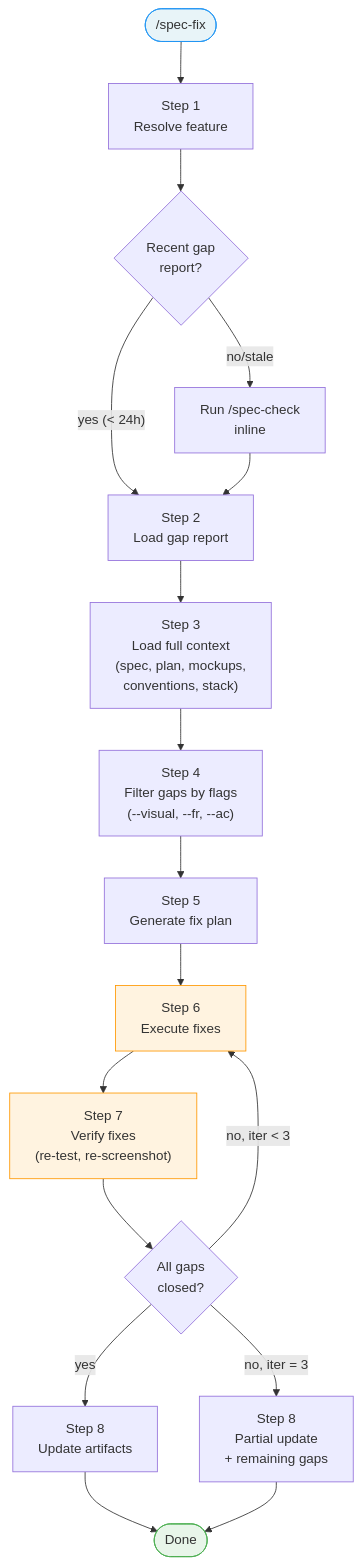
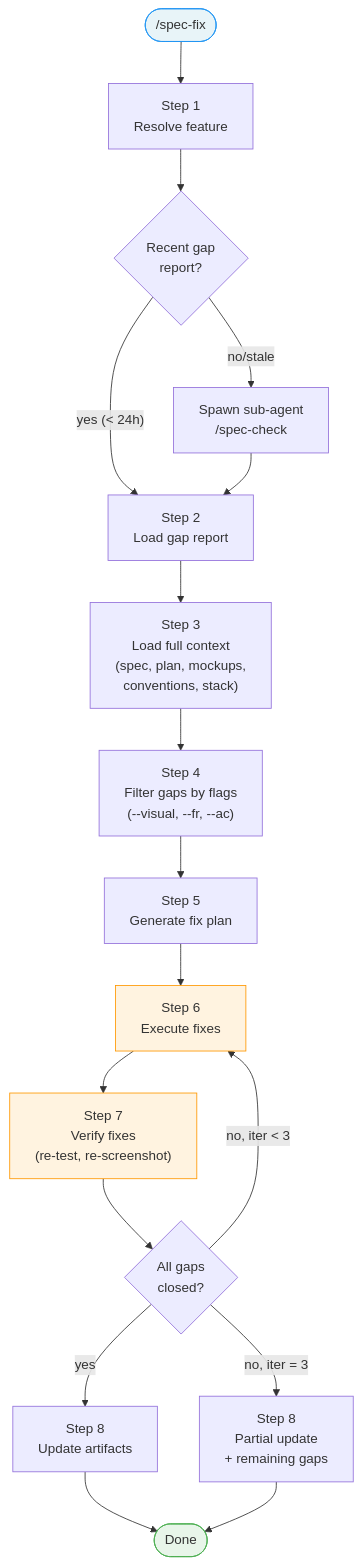
The diagram in .agent-sync/skills/spec-fix/SKILL.md (julien-m/livespec), drawn with Mermaid before and after one commit. The commit also changed other lines of this file and 9 other files, not shown here.

````diff
--- a/.agent-sync/skills/spec-fix/SKILL.md
+++ b/.agent-sync/skills/spec-fix/SKILL.md
@@ -57,27 +57,27 @@
 ```mermaid
 flowchart TD
     START(["/spec-fix"]) --> RESOLVE["Step 1\nResolve feature"]
     RESOLVE --> GAP{"Recent gap\nreport?"}
     GAP -->|"yes (< 24h)"| LOAD["Step 2\nLoad gap report"]
-    GAP -->|"no/stale"| CHECK["Run /spec-check\ninline"]
+    GAP -->|"no/stale"| CHECK["Spawn sub-agent\n/spec-check"]
     CHECK --> LOAD
 
     LOAD --> CONTEXT["Step 3\nLoad full context\n(spec, plan, mockups,\nconventions, stack)"]
     CONTEXT --> FILTER["Step 4\nFilter gaps by flags\n(--visual, --fr, --ac)"]
     FILTER --> PLAN["Step 5\nGenerate fix plan"]
 
     PLAN --> EXEC["Step 6\nExecute fixes"]
     EXEC --> VERIFY["Step 7\nVerify fixes\n(re-test, re-screenshot)"]
     VERIFY --> PASS{"All gaps\nclosed?"}
     PASS -->|"yes"| UPDATE["Step 8\nUpdate artifacts"]
     PASS -->|"no, iter < 3"| EXEC
     PASS -->|"no, iter = 3"| PARTIAL["Step 8\nPartial update\n+ remaining gaps"]
 
     UPDATE --> DONE(["Done"])
     PARTIAL --> DONE
 
     style START fill:#e8f4f8,stroke:#2196F3
     style EXEC fill:#fff3e0,stroke:#FF9800
     style VERIFY fill:#fff3e0,stroke:#FF9800
     style DONE fill:#e8f5e9,stroke:#4CAF50
 ```
````
